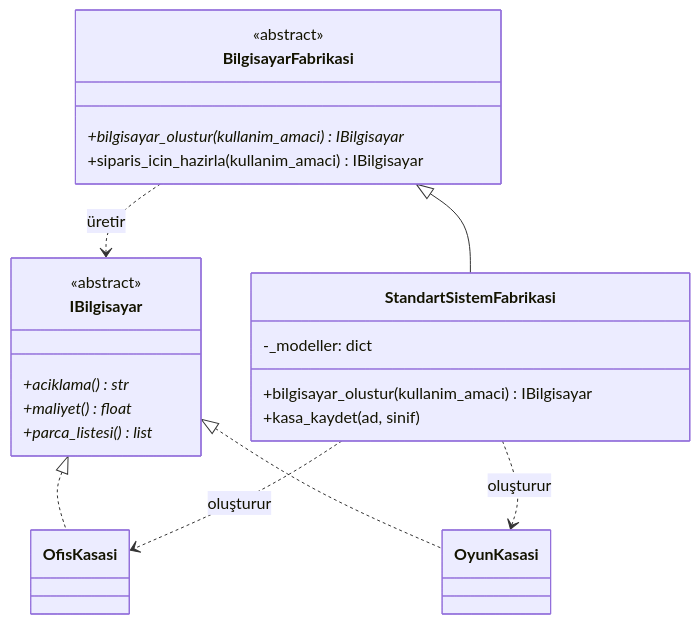
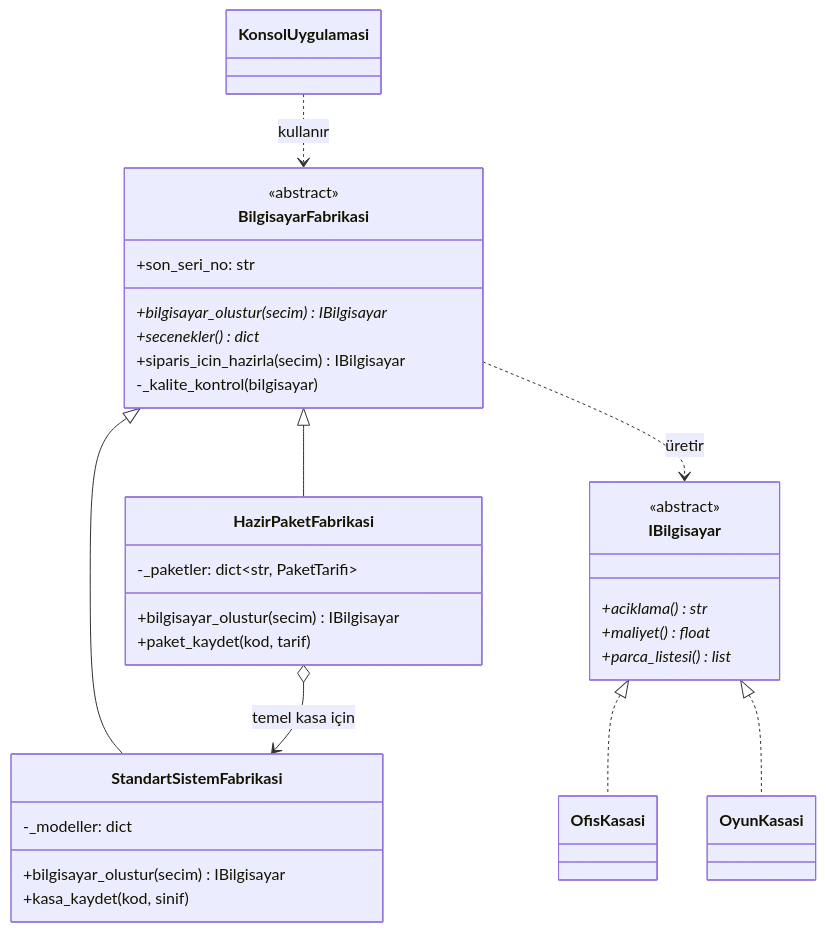
One commit to kamurangenc/pc-siparis-sistemi changed the first of 8 diagrams in docs/KALIP_HARITASI.md. Above: the diagram before and after it, drawn with Mermaid. The commit also changed other lines of this file and 1 other file, not shown here.

````diff
--- a/docs/KALIP_HARITASI.md
+++ b/docs/KALIP_HARITASI.md
@@ -20,25 +28,34 @@
 ```mermaid
 classDiagram
     class BilgisayarFabrikasi {
         <<abstract>>
-        +bilgisayar_olustur(kullanim_amaci)* IBilgisayar
-        +siparis_icin_hazirla(kullanim_amaci) IBilgisayar
+        +son_seri_no: str
+        +bilgisayar_olustur(secim)* IBilgisayar
+        +secenekler()* dict
+        +siparis_icin_hazirla(secim) IBilgisayar
+        -_kalite_kontrol(bilgisayar)
     }
     class StandartSistemFabrikasi {
         -_modeller: dict
-        +bilgisayar_olustur(kullanim_amaci) IBilgisayar
-        +kasa_kaydet(ad, sinif)
+        +bilgisayar_olustur(secim) IBilgisayar
+        +kasa_kaydet(kod, sinif)
+    }
+    class HazirPaketFabrikasi {
+        -_paketler: dict~str, PaketTarifi~
+        +bilgisayar_olustur(secim) IBilgisayar
+        +paket_kaydet(kod, tarif)
     }
     class IBilgisayar {
         <<abstract>>
         +aciklama()* str
         +maliyet()* float
         +parca_listesi()* list
     }
     BilgisayarFabrikasi <|-- StandartSistemFabrikasi
+    BilgisayarFabrikasi <|-- HazirPaketFabrikasi
+    HazirPaketFabrikasi o--> StandartSistemFabrikasi : temel kasa için
     IBilgisayar <|.. OfisKasasi
     IBilgisayar <|.. OyunKasasi
     BilgisayarFabrikasi ..> IBilgisayar : üretir
-    StandartSistemFabrikasi ..> OfisKasasi : oluşturur
-    StandartSistemFabrikasi ..> OyunKasasi : oluşturur
+    KonsolUygulamasi ..> BilgisayarFabrikasi : kullanır
 ```
````
